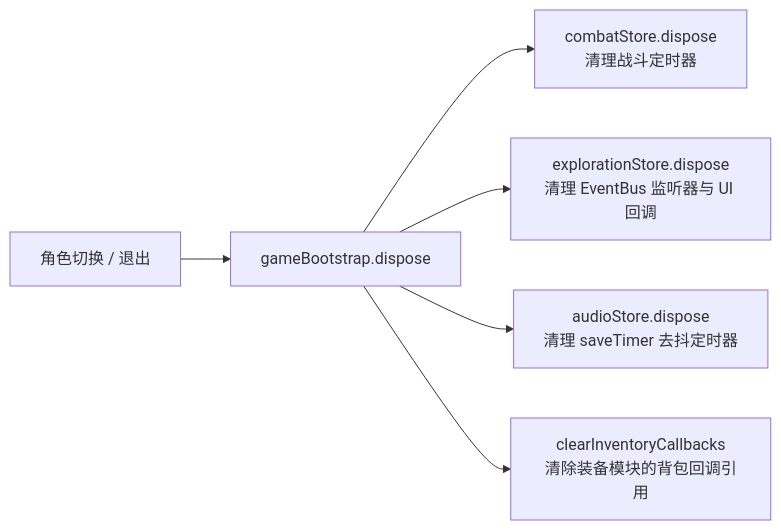
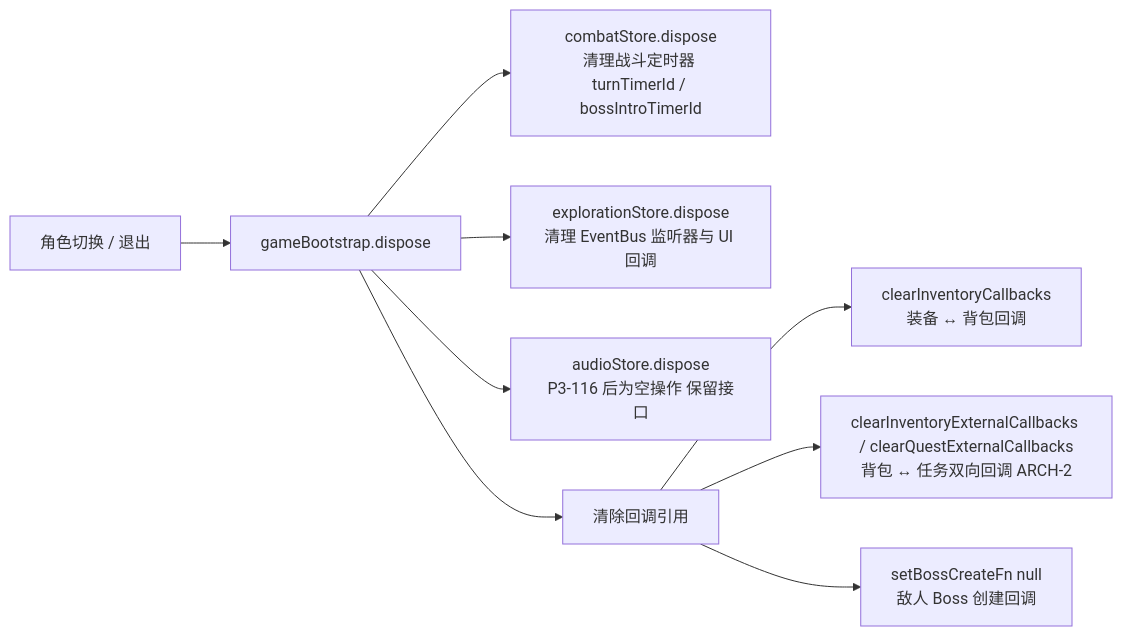
Diagram 17 of 18 in doc/project/BUSINESS_PROCESSES.md (SonDemigods/wow_dnd), drawn with Mermaid before and after one commit. The commit also changed other lines of this file and 55 other files, not shown here.

````diff
--- a/doc/project/BUSINESS_PROCESSES.md
+++ b/doc/project/BUSINESS_PROCESSES.md
@@ -799,8 +1078,11 @@
 ```mermaid
 flowchart LR
     Exit[角色切换 / 退出] --> Dispose[gameBootstrap.dispose]
-    Dispose --> Combat[combatStore.dispose<br/>清理战斗定时器]
+    Dispose --> Combat[combatStore.dispose<br/>清理战斗定时器 turnTimerId / bossIntroTimerId]
     Dispose --> Exp[explorationStore.dispose<br/>清理 EventBus 监听器与 UI 回调]
-    Dispose --> Audio[audioStore.dispose<br/>清理 saveTimer 去抖定时器]
-    Dispose --> ClearCb[clearInventoryCallbacks<br/>清除装备模块的背包回调引用]
+    Dispose --> Audio[audioStore.dispose<br/>P3-116 后为空操作 保留接口]
+    Dispose --> ClearCb[清除回调引用]
+    ClearCb --> Cb1[clearInventoryCallbacks<br/>装备 ↔ 背包回调]
+    ClearCb --> Cb2[clearInventoryExternalCallbacks / clearQuestExternalCallbacks<br/>背包 ↔ 任务双向回调 ARCH-2]
+    ClearCb --> Cb3[setBossCreateFn null<br/>敌人 Boss 创建回调]
 ```
````
